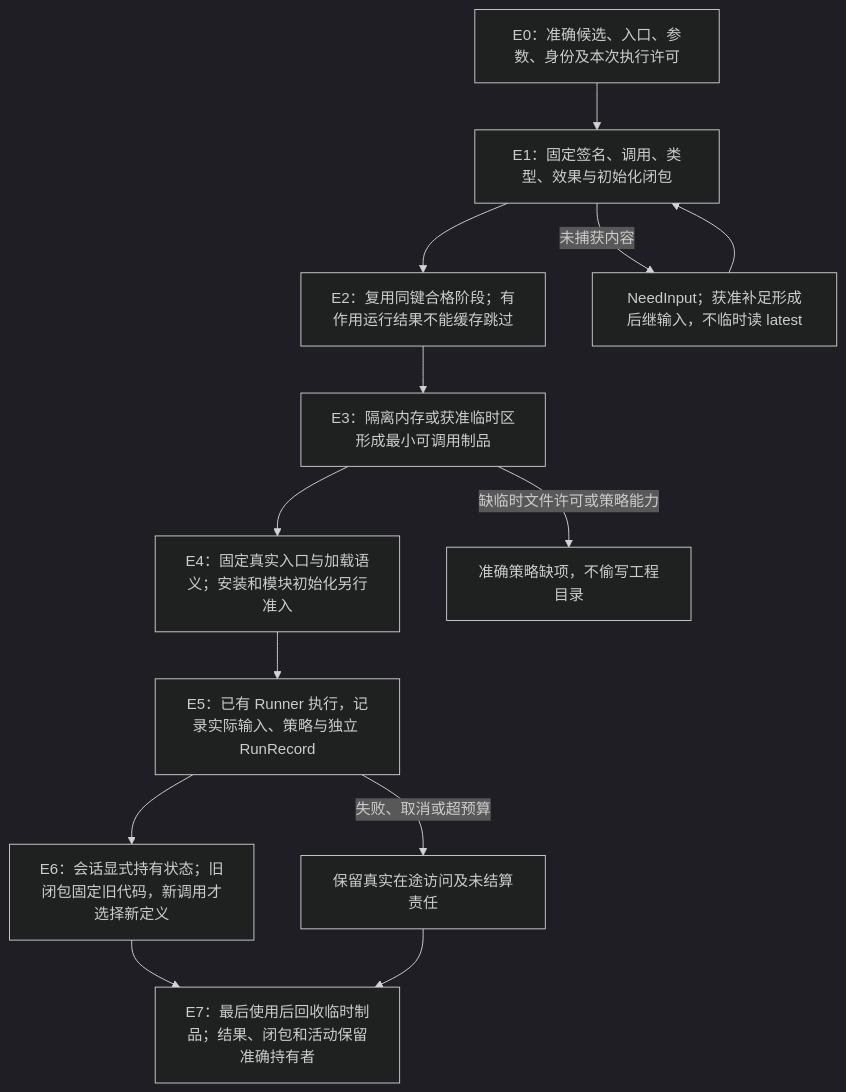
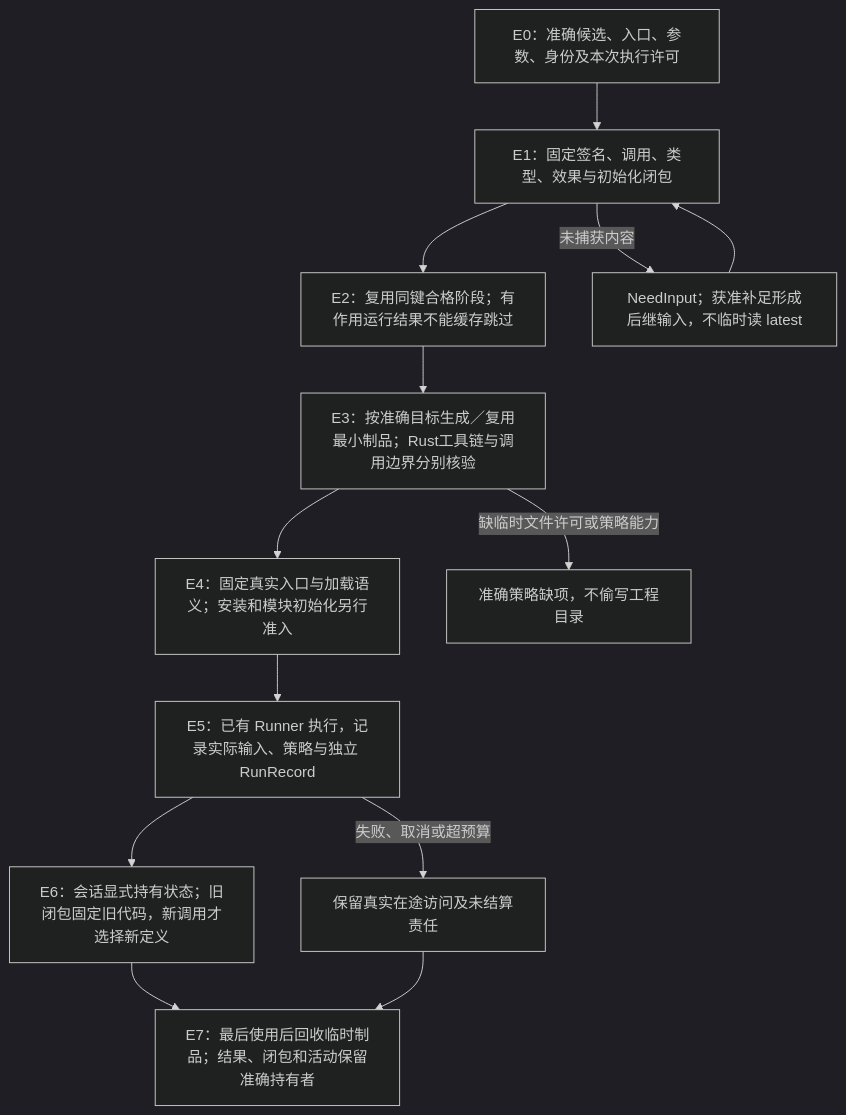
The second of 2 diagrams in docs/编译/内核/运行准备与最小实现.md (sec-platform/sec), drawn with Mermaid (dark theme) before and after one commit. The commit also changed other lines of this file and 12 other files, not shown here.

````diff
--- a/docs/编译/内核/运行准备与最小实现.md
+++ b/docs/编译/内核/运行准备与最小实现.md
@@ -52,15 +52,15 @@
 ```mermaid
 flowchart TD
   request["E0：准确候选、入口、参数、身份及本次执行许可"] --> closure["E1：固定签名、调用、类型、效果与初始化闭包"]
   closure --> reuse["E2：复用同键合格阶段；有作用运行结果不能缓存跳过"]
-  reuse --> artifact["E3：隔离内存或获准临时区形成最小可调用制品"]
+  reuse --> artifact["E3：按准确目标生成／复用最小制品；Rust工具链与调用边界分别核验"]
   artifact --> table["E4：固定真实入口与加载语义；安装和模块初始化另行准入"]
   table --> run["E5：已有 Runner 执行，记录实际输入、策略与独立 RunRecord"]
   run --> instance["E6：会话显式持有状态；旧闭包固定旧代码，新调用才选择新定义"]
   instance --> finish["E7：最后使用后回收临时制品；结果、闭包和活动保留准确持有者"]
   run -->|失败、取消或超预算| pending["保留真实在途访问及未结算责任"]
   pending --> finish
   closure -->|未捕获内容| need["NeedInput；获准补足形成后继输入，不临时读 latest"]
   need --> closure
   artifact -->|缺临时文件许可或策略能力| blocked["准确策略缺项，不偷写工程目录"]
 ```
````
